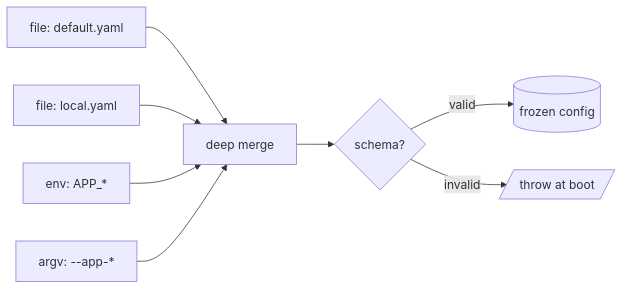
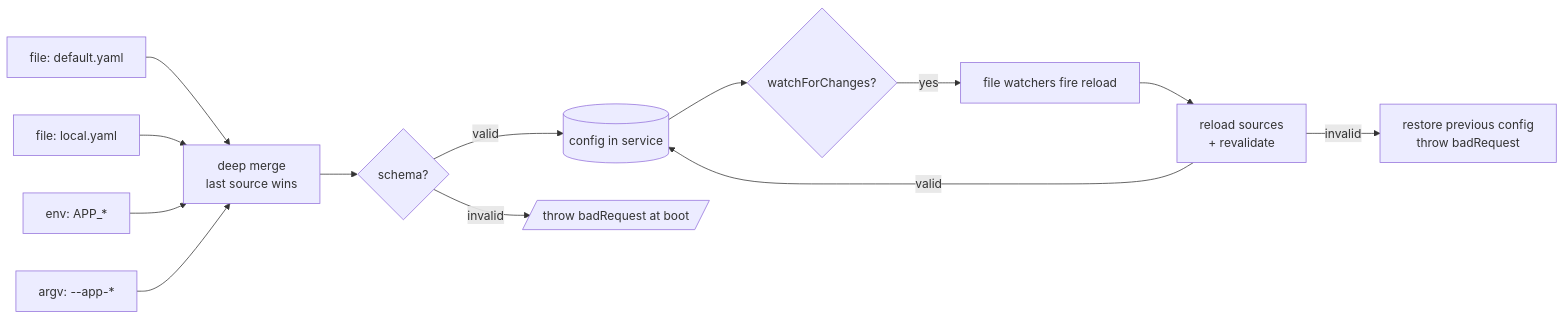
Before and after one commit to omnitron-dev/website: the first of 2 diagrams in docs/titan/modules/config.mdx, drawn with Mermaid. The commit also changed other lines of this file and 4 other files, not shown here.

````diff
--- a/docs/titan/modules/config.mdx
+++ b/docs/titan/modules/config.mdx
@@ -179,10 +207,15 @@
 ```mermaid
 flowchart LR
-  S1[file: default.yaml] --> Merge[deep merge]
+  S1[file: default.yaml] --> Merge[deep merge<br/>last source wins]
   S2[file: local.yaml]   --> Merge
   S3[env: APP_*]         --> Merge
   S4[argv: --app-*]      --> Merge
   Merge --> Validate{schema?}
-  Validate -- valid --> Frozen[(frozen config)]
-  Validate -- invalid --> Throw[/throw at boot/]
+  Validate -- valid --> Frozen[(config in service)]
+  Validate -- invalid --> Throw[/throw badRequest at boot/]
+  Frozen --> Watch{watchForChanges?}
+  Watch -- yes --> Watcher[file watchers fire reload]
+  Watcher --> Reload[reload sources<br/>+ revalidate]
+  Reload -- valid --> Frozen
+  Reload -- invalid --> Rollback[restore previous config<br/>throw badRequest]
 ```
````
